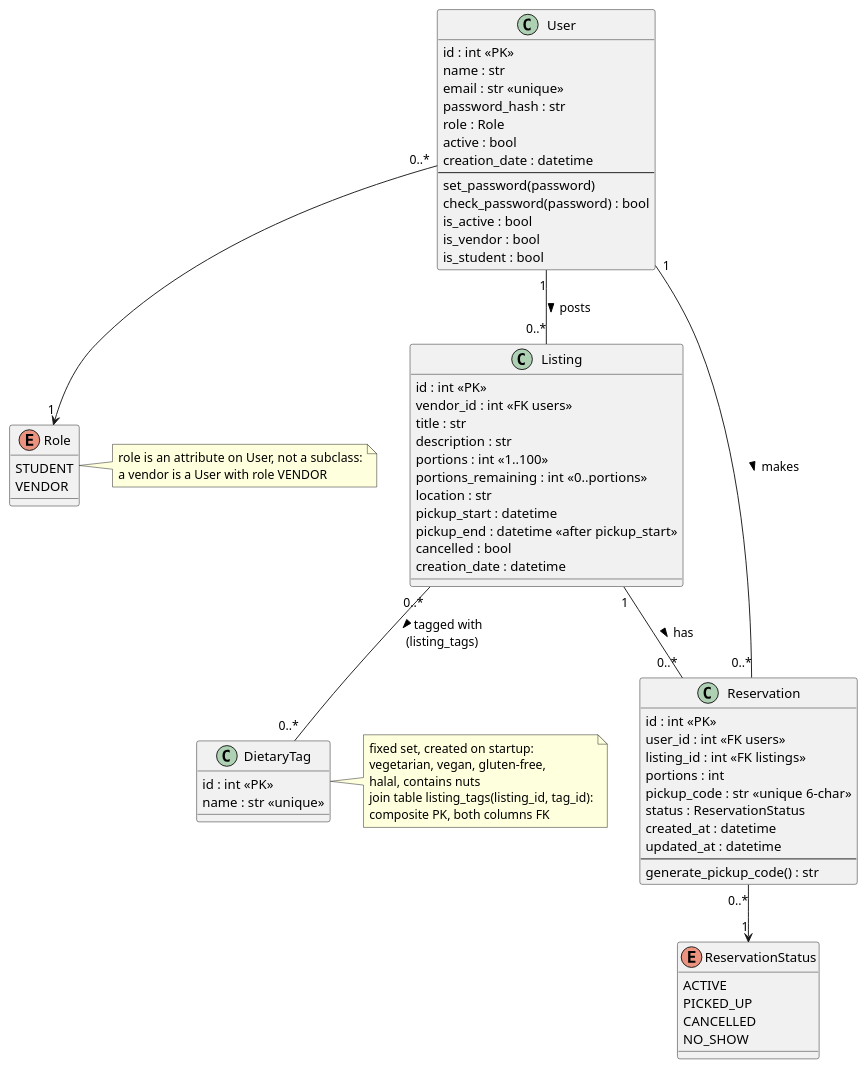
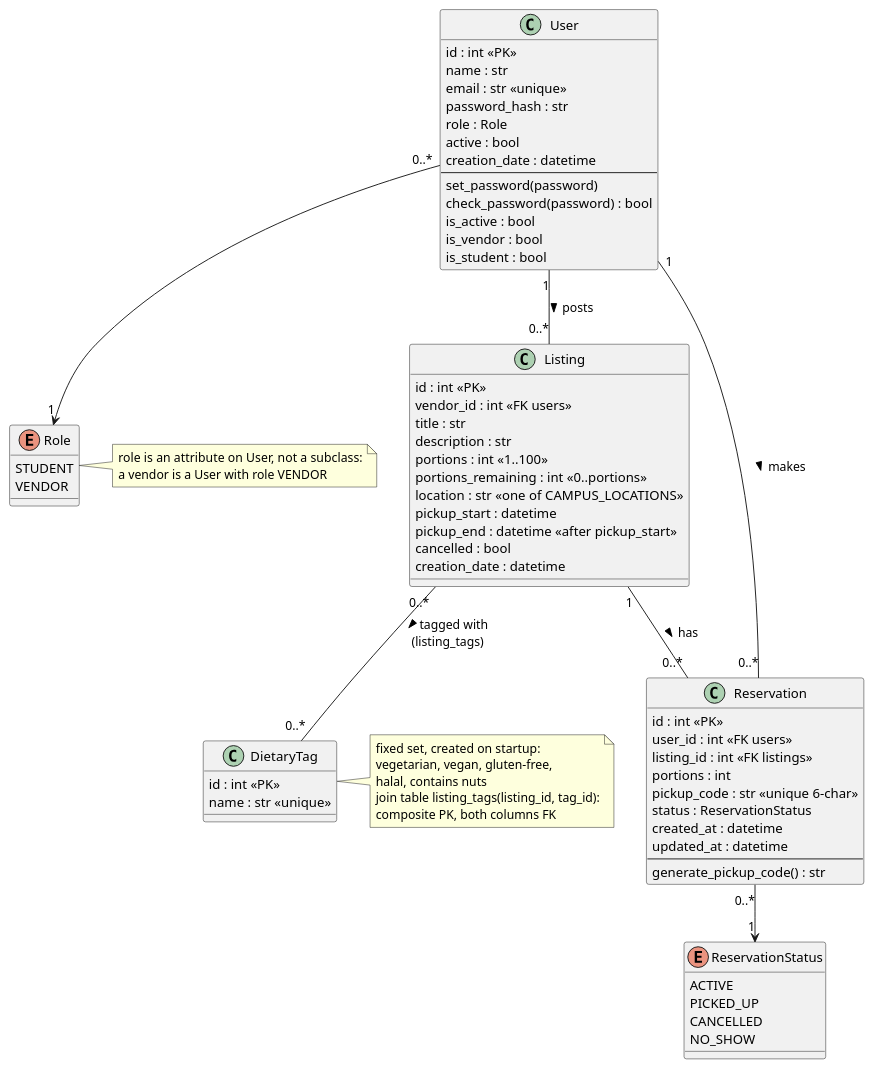
The diagram in uml/class.wsd (AdenPotato/CS3250-project-2), drawn with PlantUML before and after one commit. The commit also changed 6 other files, not shown here.

Commit message:
CS-44 filter listings by dietary tags and campus location (#108)

```diff
--- a/uml/class.wsd
+++ b/uml/class.wsd
@@ -1,83 +1,83 @@
 @startuml class
 
 enum Role {
     STUDENT
     VENDOR
 }
 
 note right of Role
   role is an attribute on User, not a subclass:
   a vendor is a User with role VENDOR
 end note
 
 class User {
     id : int <<PK>>
     name : str
     email : str <<unique>>
     password_hash : str
     role : Role
     active : bool
     creation_date : datetime
     --
     set_password(password)
     check_password(password) : bool
     is_active : bool
     is_vendor : bool
     is_student : bool
 }
 
 class Listing {
     id : int <<PK>>
     vendor_id : int <<FK users>>
     title : str
     description : str
     portions : int <<1..100>>
     portions_remaining : int <<0..portions>>
-    location : str
+    location : str <<one of CAMPUS_LOCATIONS>>
     pickup_start : datetime
     pickup_end : datetime <<after pickup_start>>
     cancelled : bool
     creation_date : datetime
 }
 
 class DietaryTag {
     id : int <<PK>>
     name : str <<unique>>
 }
 
 note right of DietaryTag
   fixed set, created on startup:
   vegetarian, vegan, gluten-free,
   halal, contains nuts
   join table listing_tags(listing_id, tag_id):
   composite PK, both columns FK
 end note
 
 enum ReservationStatus {
     ACTIVE
     PICKED_UP
     CANCELLED
     NO_SHOW
 }
 
 class Reservation {
     id : int <<PK>>
     user_id : int <<FK users>>
     listing_id : int <<FK listings>>
     portions : int
     pickup_code : str <<unique 6-char>>
     status : ReservationStatus
     created_at : datetime
     updated_at : datetime
     --
     generate_pickup_code() : str
 }
 
 User "0..*" --> "1" Role
 User "1" -- "0..*" Listing : posts >
 Listing "0..*" -- "0..*" DietaryTag : tagged with >\n(listing_tags)
 User "1" -- "0..*" Reservation : makes >
 Listing "1" -- "0..*" Reservation : has >
 Reservation "0..*" --> "1" ReservationStatus
 
 @enduml
```
